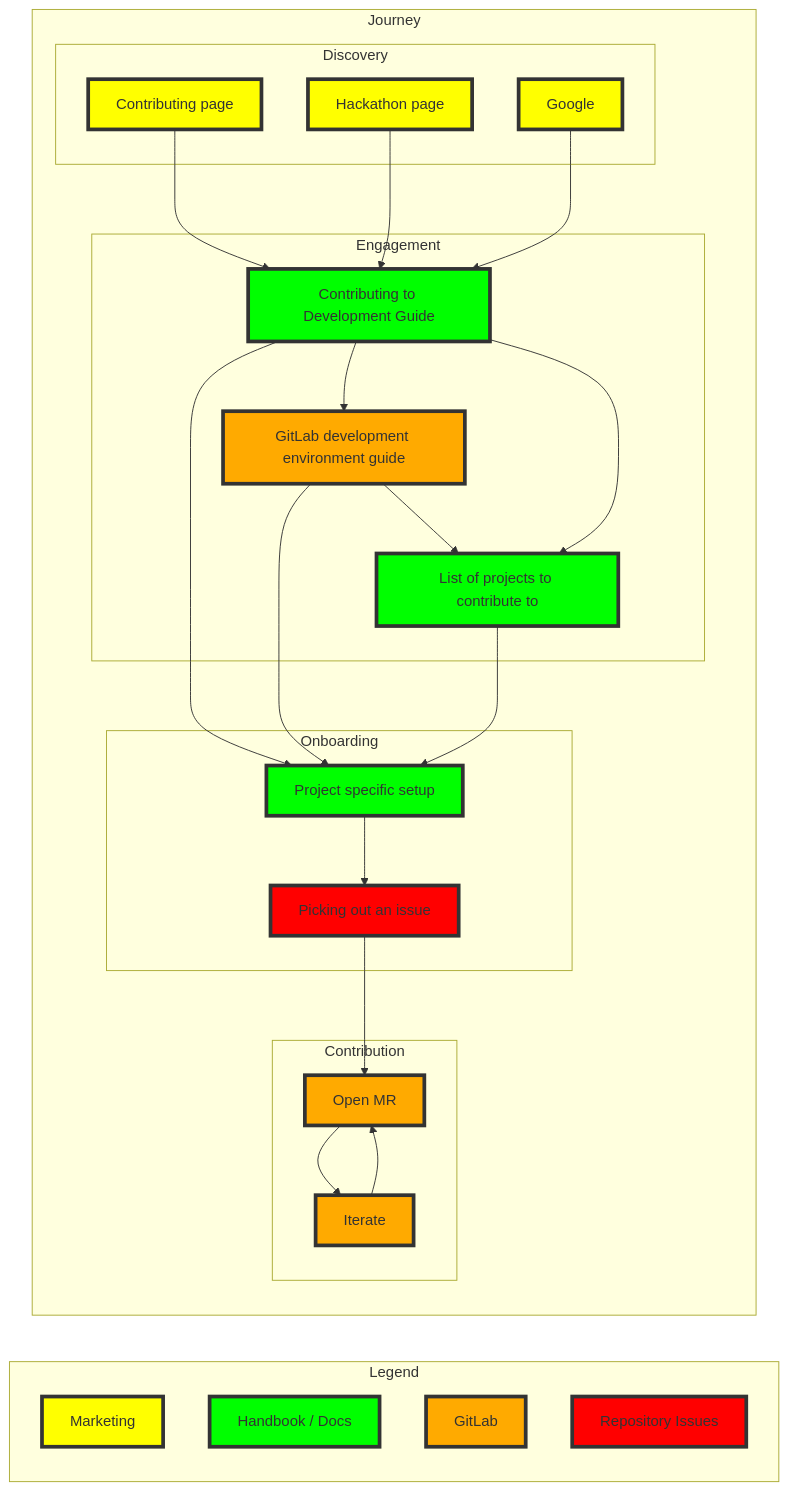
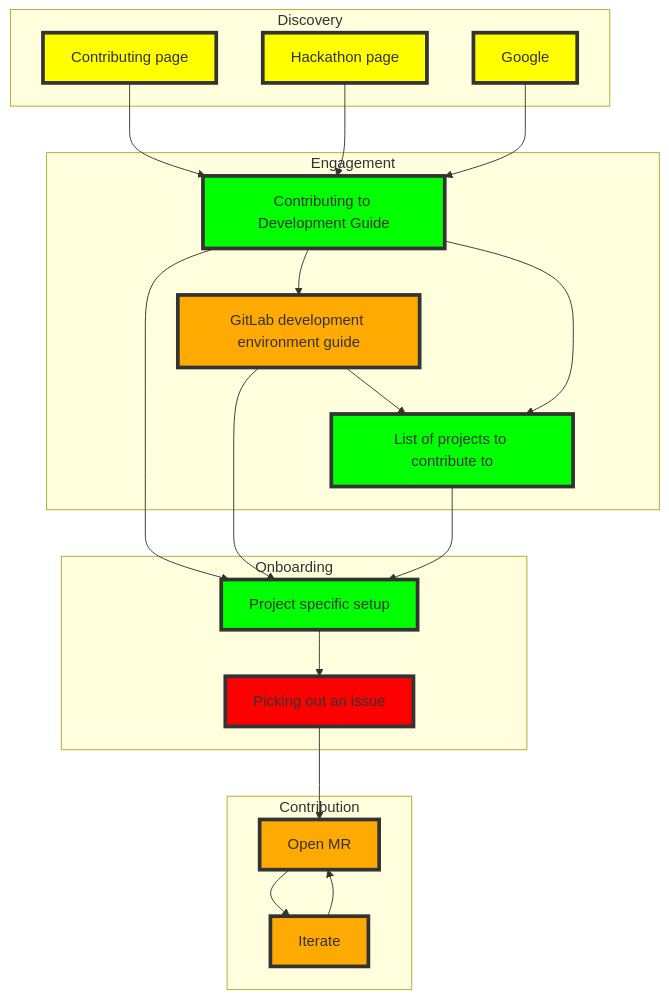
One commit to secretstartups/handbook changed the third of 3 diagrams in quality/contributor-success-team/user-journey.html.md. Above: the diagram before and after it, drawn with Mermaid. The commit also changed other lines of this file, not shown here.

Commit message:
Simplify User Journey graphs

````diff
--- a/quality/contributor-success-team/user-journey.html.md
+++ b/quality/contributor-success-team/user-journey.html.md
@@ -105,50 +118,42 @@
 ```mermaid
-graph LR
-    subgraph Legend
-    LA[Marketing]
-    LB[Handbook / Docs]
-    LC[GitLab]
-    LD[Repository Issues]
-    end
-    subgraph Journey
+graph TD
     subgraph Discovery
     AA[Contributing page]
     AB[Hackathon page]
     AC[Google]
     end
     subgraph Engagement
     BA[Contributing to Development Guide]
     BB[GitLab development environment guide]
     BC[List of projects to contribute to]
     end
     subgraph Onboarding
     CA[Project specific setup]
     CB[Picking out an issue]
     end
     subgraph Contribution
     DA[Open MR]
     DB[Iterate]
     end
     AA --> BA
     AB --> BA
     AC --> BA
     BA --> BB
     BB --> BC
     BA --> BC
     BA --> CA
     BB --> CA
     BC --> CA
     CA --> CB
     CB --> DA
     DA --> DB
     DB --> DA
-    end
     classDef yellow fill:#ff0,stroke:#333,stroke-width:4px;
     classDef green fill:#0f0,stroke:#333,stroke-width:4px;
     classDef orange fill:#fa0,stroke:#333,stroke-width:4px;
     classDef red fill:#f00,stroke:#333,stroke-width:4px;
-    class LA,AA,AB,AC yellow;
-    class LB,BA,BC,CA green;
-    class LC,BB,DA,DB orange;
-    class LD,CB red;
+    class AA,AB,AC yellow;
+    class BA,BC,CA green;
+    class BB,DA,DB orange;
+    class CB red;
 ```
````
